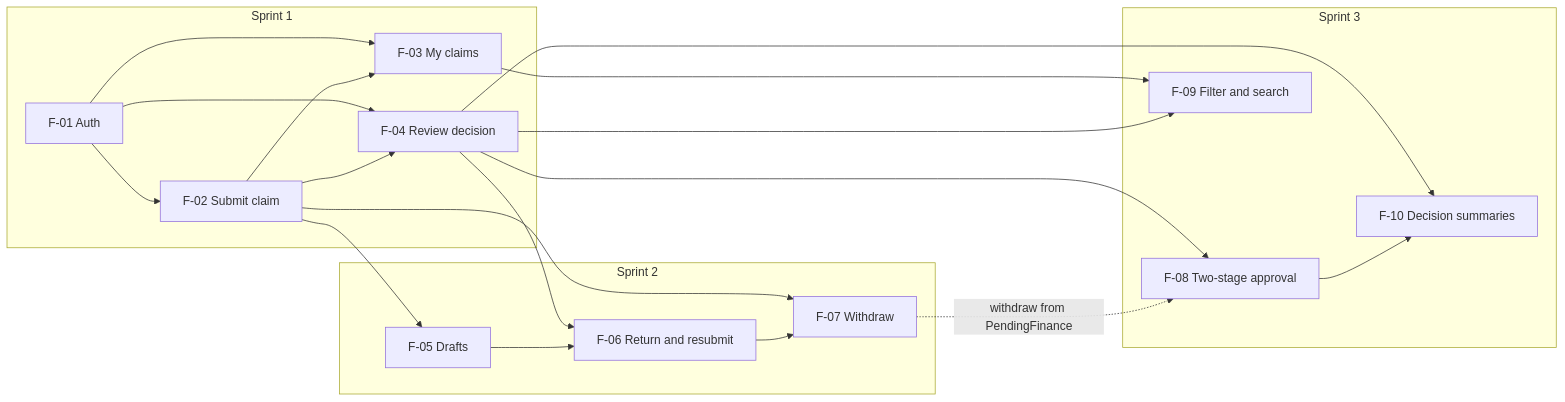
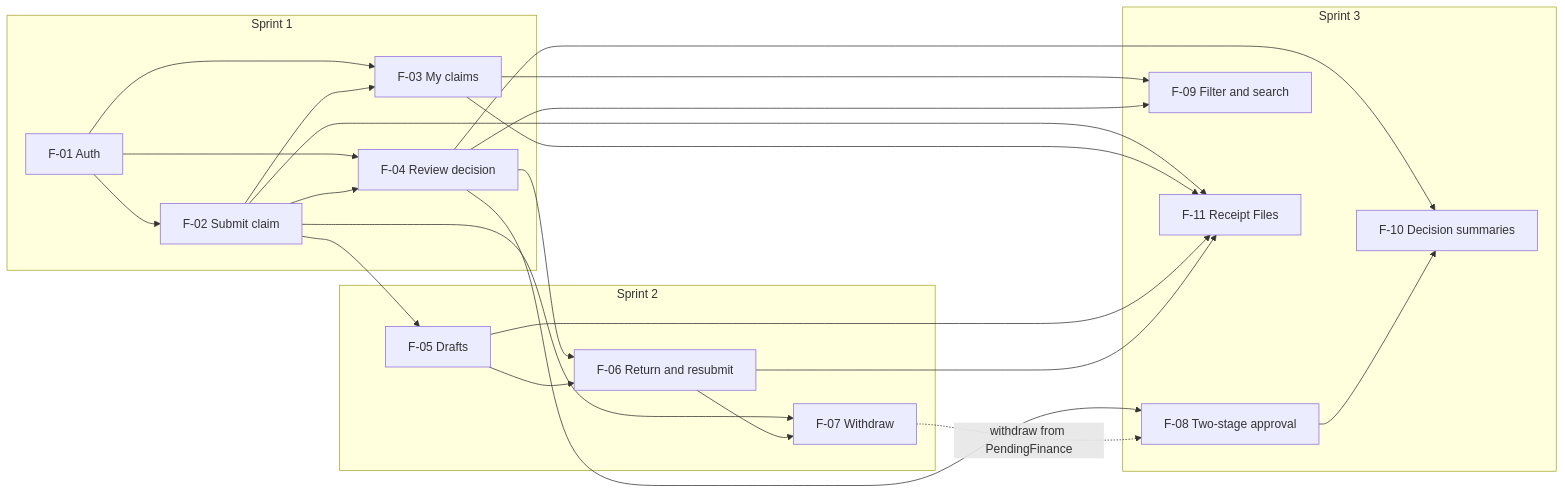
Before and after one commit to beambeambeam/claimflow: the third of 3 diagrams in docs/sprints/plan.md, drawn with Mermaid. The commit also changed other lines of this file and 7 other files, not shown here.

````diff
--- a/docs/sprints/plan.md
+++ b/docs/sprints/plan.md
@@ -86,35 +89,40 @@
 ```mermaid
 flowchart LR
     subgraph S1[Sprint 1]
         F01[F-01 Auth]
         F02[F-02 Submit claim]
         F03[F-03 My claims]
         F04[F-04 Review decision]
     end
     subgraph S2[Sprint 2]
         F05[F-05 Drafts]
         F06[F-06 Return and resubmit]
         F07[F-07 Withdraw]
     end
     subgraph S3[Sprint 3]
         F08[F-08 Two-stage approval]
         F09[F-09 Filter and search]
         F10[F-10 Decision summaries]
+        F11[F-11 Receipt Files]
     end
     F01 --> F02
     F01 --> F03
     F02 --> F03
     F01 --> F04
     F02 --> F04
     F02 --> F05
     F04 --> F06
     F05 --> F06
     F02 --> F07
     F06 --> F07
     F04 --> F08
     F07 -. withdraw from PendingFinance .-> F08
     F03 --> F09
     F04 --> F09
     F04 --> F10
     F08 --> F10
+    F02 --> F11
+    F03 --> F11
+    F05 --> F11
+    F06 --> F11
 ```
````
